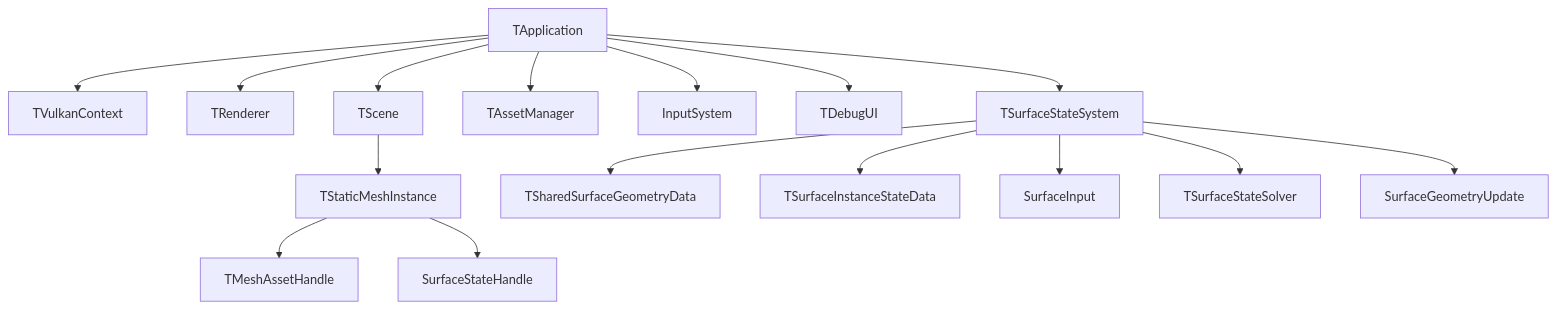
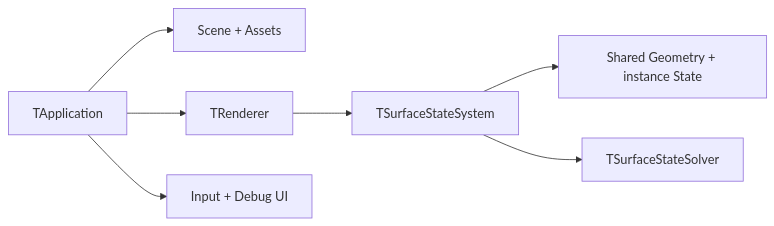
Before and after one commit to Yonaim/Material-Dependent-Surface-State-Engine: the diagram in Docs/MDSSP-Vault/04_Architecture/0000_Overview.md, drawn with Mermaid. The commit also changed other lines of this file and 55 other files, not shown here.

Commit message:
Docs: Flow Map과 Architecture 문서 체계 정리

````diff
--- a/Docs/MDSSP-Vault/04_Architecture/0000_Overview.md
+++ b/Docs/MDSSP-Vault/04_Architecture/0000_Overview.md
@@ -9,18 +16,9 @@
 ```mermaid
-flowchart TD
-  App[TApplication] --> VK[TVulkanContext]
-  App --> TRenderer
-  App --> TScene
-  App --> Assets[TAssetManager]
-  App --> Input[InputSystem]
-  App --> Debug[TDebugUI]
-  App --> SSS[TSurfaceStateSystem]
-  TScene --> Inst[TStaticMeshInstance]
-  Inst --> Mesh[TMeshAssetHandle]
-  Inst --> State[SurfaceStateHandle]
-  SSS --> Shared[TSharedSurfaceGeometryData]
-  SSS --> Dynamic[TSurfaceInstanceStateData]
-  SSS --> Contact[SurfaceInput]
-  SSS --> Solver[TSurfaceStateSolver]
-  SSS --> GeoUpdate[SurfaceGeometryUpdate]
+flowchart LR
+  App[TApplication] --> Core[Scene + Assets]
+  App --> Render[TRenderer]
+  App --> Interaction[Input + Debug UI]
+  Render --> Surface[TSurfaceStateSystem]
+  Surface --> Data[Shared Geometry + instance State]
+  Surface --> Solver[TSurfaceStateSolver]
 ```
````
